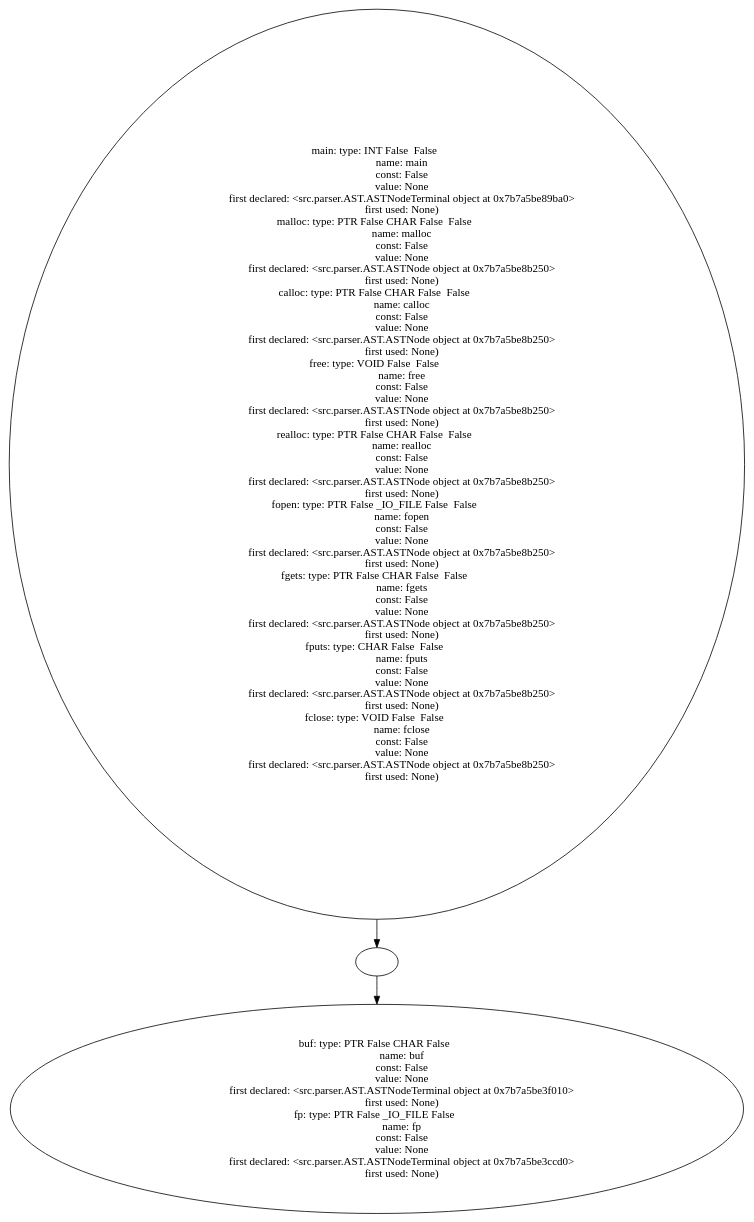
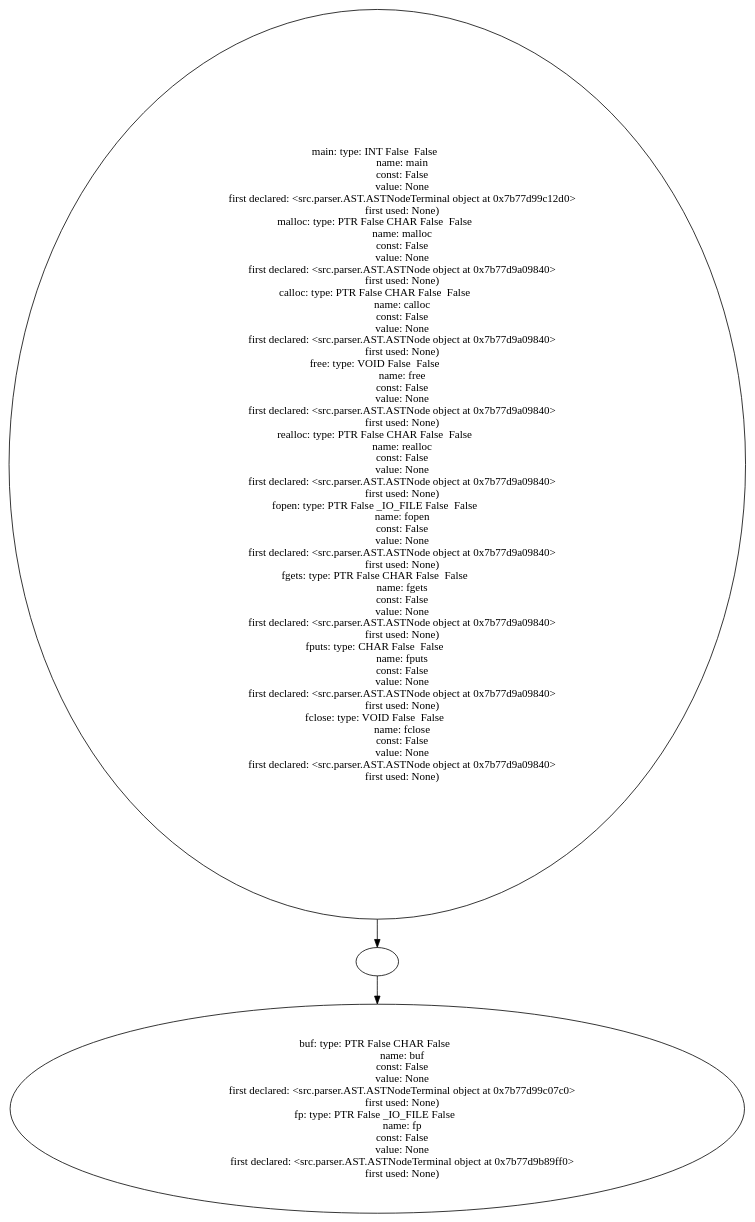
One commit to Are-you-listening/Compilers changed the diagram in example_source_files/54_file_io/54_file_io_table.dot. Above: the diagram before and after it, drawn with Graphviz. The commit also changed 286 other files, not shown here.

```diff
--- a/example_source_files/54_file_io/54_file_io_table.dot
+++ b/example_source_files/54_file_io/54_file_io_table.dot
@@ -1,71 +1,71 @@
 digraph AST {
-  "135765456580480" [label="main: type: INT False  False  
+  "135754682219680" [label="main: type: INT False  False  
                    name: main
                    const: False
                    value: None
-                   first declared: <src.parser.AST.ASTNodeTerminal object at 0x7b7a5be89ba0>
+                   first declared: <src.parser.AST.ASTNodeTerminal object at 0x7b77d99c12d0>
                    first used: None)
 malloc: type: PTR False CHAR False  False  
                    name: malloc
                    const: False
                    value: None
-                   first declared: <src.parser.AST.ASTNode object at 0x7b7a5be8b250>
+                   first declared: <src.parser.AST.ASTNode object at 0x7b77d9a09840>
                    first used: None)
 calloc: type: PTR False CHAR False  False  
                    name: calloc
                    const: False
                    value: None
-                   first declared: <src.parser.AST.ASTNode object at 0x7b7a5be8b250>
+                   first declared: <src.parser.AST.ASTNode object at 0x7b77d9a09840>
                    first used: None)
 free: type: VOID False  False  
                    name: free
                    const: False
                    value: None
-                   first declared: <src.parser.AST.ASTNode object at 0x7b7a5be8b250>
+                   first declared: <src.parser.AST.ASTNode object at 0x7b77d9a09840>
                    first used: None)
 realloc: type: PTR False CHAR False  False  
                    name: realloc
                    const: False
                    value: None
-                   first declared: <src.parser.AST.ASTNode object at 0x7b7a5be8b250>
+                   first declared: <src.parser.AST.ASTNode object at 0x7b77d9a09840>
                    first used: None)
 fopen: type: PTR False _IO_FILE False  False  
                    name: fopen
                    const: False
                    value: None
-                   first declared: <src.parser.AST.ASTNode object at 0x7b7a5be8b250>
+                   first declared: <src.parser.AST.ASTNode object at 0x7b77d9a09840>
                    first used: None)
 fgets: type: PTR False CHAR False  False  
                    name: fgets
                    const: False
                    value: None
-                   first declared: <src.parser.AST.ASTNode object at 0x7b7a5be8b250>
+                   first declared: <src.parser.AST.ASTNode object at 0x7b77d9a09840>
                    first used: None)
 fputs: type: CHAR False  False  
                    name: fputs
                    const: False
                    value: None
-                   first declared: <src.parser.AST.ASTNode object at 0x7b7a5be8b250>
+                   first declared: <src.parser.AST.ASTNode object at 0x7b77d9a09840>
                    first used: None)
 fclose: type: VOID False  False  
                    name: fclose
                    const: False
                    value: None
-                   first declared: <src.parser.AST.ASTNode object at 0x7b7a5be8b250>
+                   first declared: <src.parser.AST.ASTNode object at 0x7b77d9a09840>
                    first used: None)"];
-  "135765456580480" -> "135765456575872";
-  "135765456575872" [label=""];
-  "135765456575872" -> "135765456579472";
-  "135765456579472" [label="buf: type: PTR False CHAR False  
+  "135754682219680" -> "135754682209408";
+  "135754682209408" [label=""];
+  "135754682209408" -> "135754684076464";
+  "135754684076464" [label="buf: type: PTR False CHAR False  
                    name: buf
                    const: False
                    value: None
-                   first declared: <src.parser.AST.ASTNodeTerminal object at 0x7b7a5be3f010>
+                   first declared: <src.parser.AST.ASTNodeTerminal object at 0x7b77d99c07c0>
                    first used: None)
 fp: type: PTR False _IO_FILE False  
                    name: fp
                    const: False
                    value: None
-                   first declared: <src.parser.AST.ASTNodeTerminal object at 0x7b7a5be3ccd0>
+                   first declared: <src.parser.AST.ASTNodeTerminal object at 0x7b77d9b89ff0>
                    first used: None)"];
 }
```
